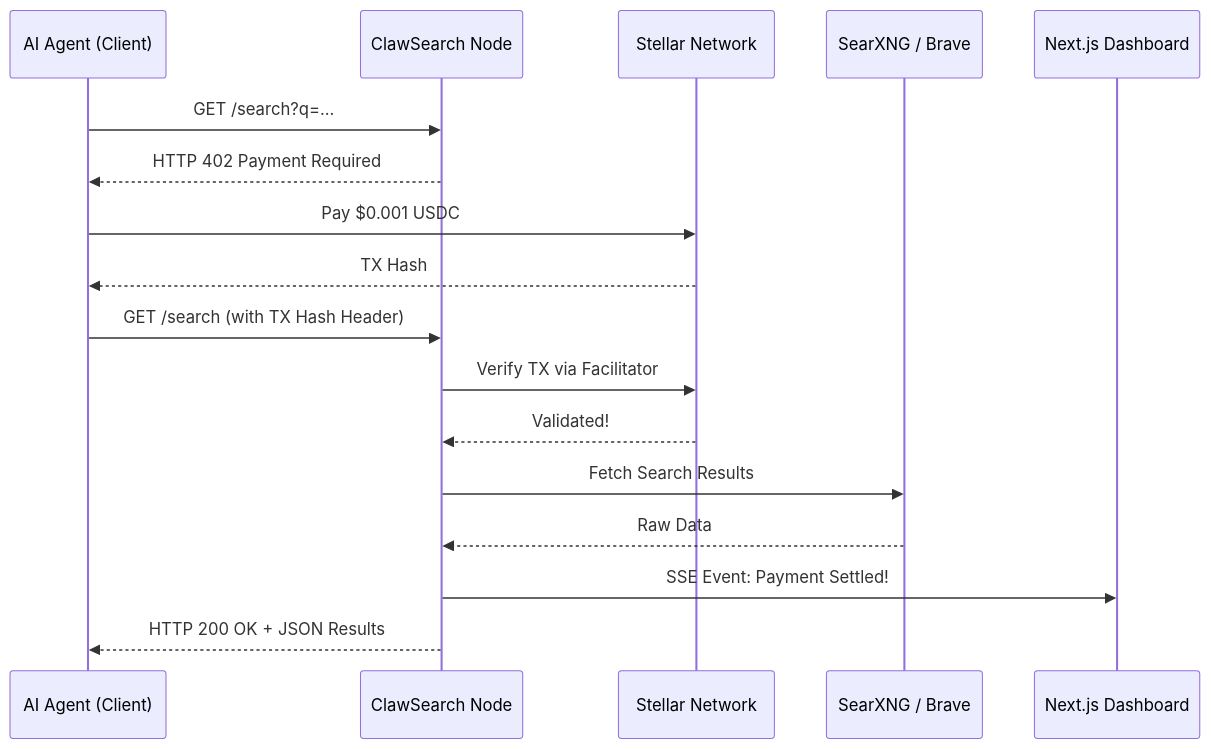
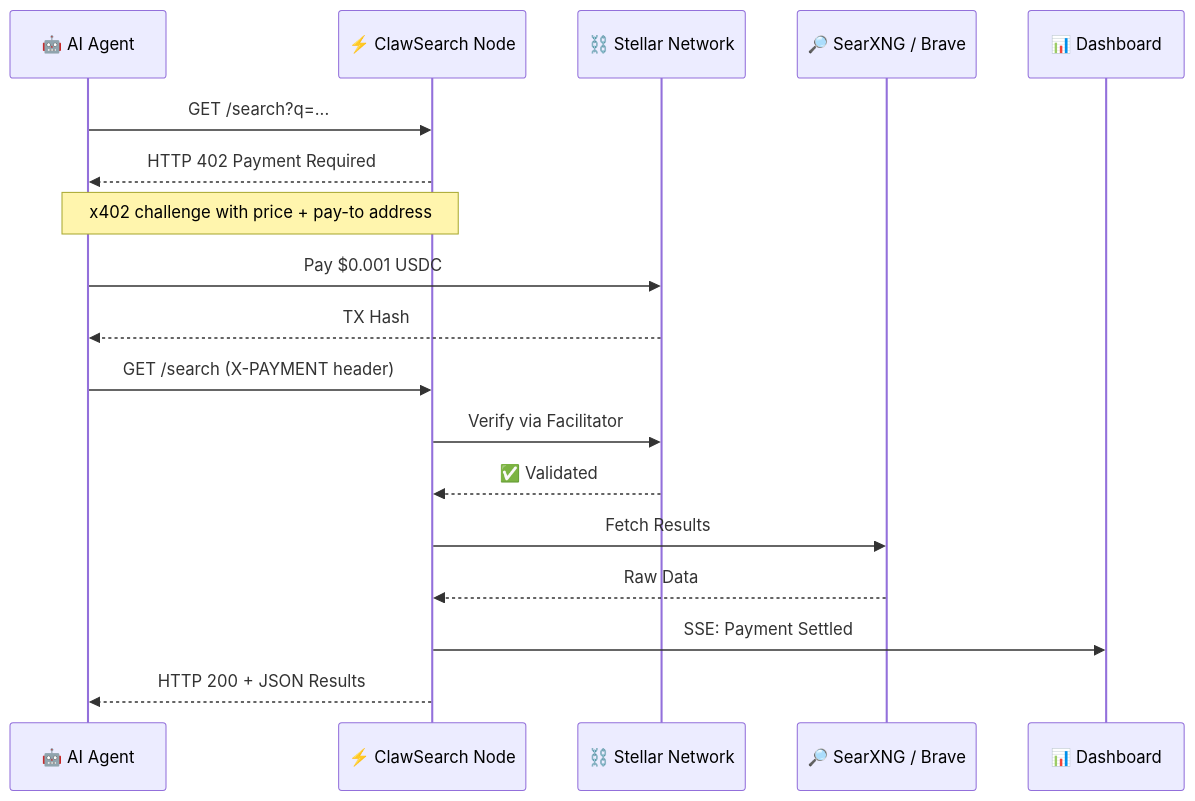
The first of 2 diagrams in README.md (edycutjong/ClawSearch402), drawn with Mermaid before and after one commit. The commit also changed other lines of this file and 1 other file, not shown here.

````diff
--- a/README.md
+++ b/README.md
@@ -11,20 +37,21 @@
 ```mermaid
 sequenceDiagram
-    participant AI as AI Agent (Client)
-    participant Proxy as ClawSearch Node
-    participant Chain as Stellar Network
-    participant Search as SearXNG / Brave
-    participant Dash as Next.js Dashboard
+    participant AI as 🤖 AI Agent
+    participant Proxy as ⚡ ClawSearch Node
+    participant Chain as ⛓️ Stellar Network
+    participant Search as 🔎 SearXNG / Brave
+    participant Dash as 📊 Dashboard
 
     AI->>Proxy: GET /search?q=...
     Proxy-->>AI: HTTP 402 Payment Required
+    Note over AI,Proxy: x402 challenge with price + pay-to address
     AI->>Chain: Pay $0.001 USDC
     Chain-->>AI: TX Hash
-    AI->>Proxy: GET /search (with TX Hash Header)
-    Proxy->>Chain: Verify TX via Facilitator
-    Chain-->>Proxy: Validated!
-    Proxy->>Search: Fetch Search Results
+    AI->>Proxy: GET /search (X-PAYMENT header)
+    Proxy->>Chain: Verify via Facilitator
+    Chain-->>Proxy: ✅ Validated
+    Proxy->>Search: Fetch Results
     Search-->>Proxy: Raw Data
-    Proxy->>Dash: SSE Event: Payment Settled!
-    Proxy-->>AI: HTTP 200 OK + JSON Results
+    Proxy->>Dash: SSE: Payment Settled
+    Proxy-->>AI: HTTP 200 + JSON Results
 ```
````
